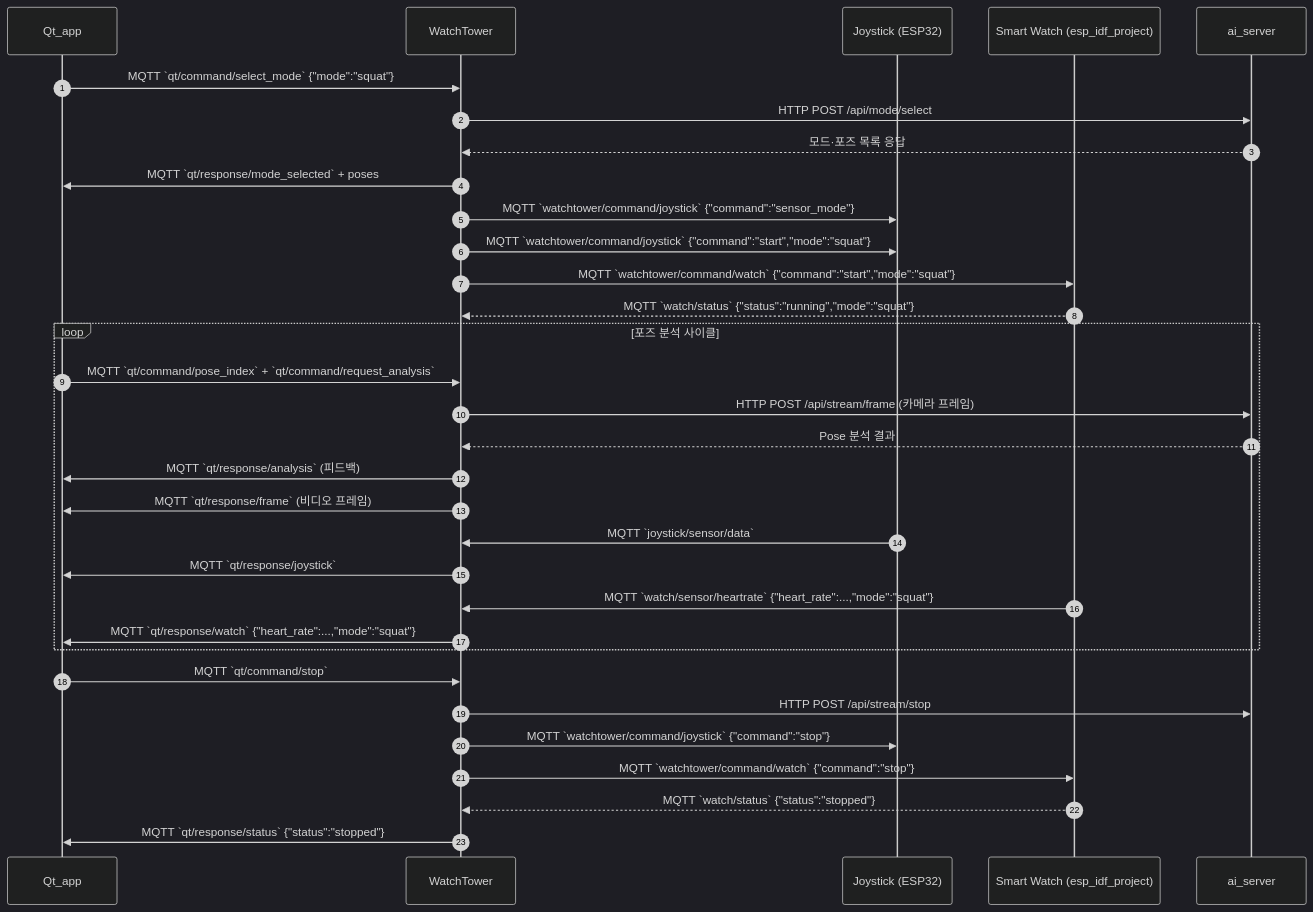
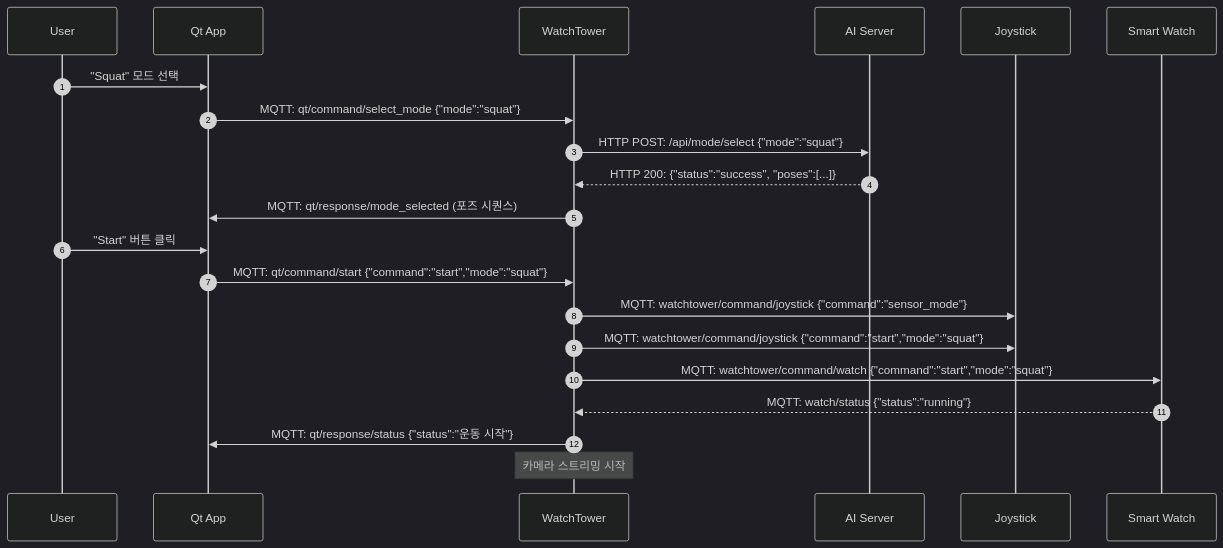
The first of 3 diagrams in SYSTEM_PROTOCOL.md (uniljetstream/New_Workout_Plan), drawn with Mermaid (dark theme) before and after one commit. The commit also changed other lines of this file and 2 other files, not shown here.

First line of the commit message:
Update project documentation and gitignore

````diff
--- a/SYSTEM_PROTOCOL.md
+++ b/SYSTEM_PROTOCOL.md
@@ -90,37 +993,26 @@
 ```mermaid
 sequenceDiagram
     autonumber
-    participant Qt as Qt_app
+    participant User
+    participant Qt as Qt App
     participant WT as WatchTower
-    participant JS as Joystick (ESP32)
-    participant Watch as Smart Watch (esp_idf_project)
-    participant AI as ai_server
+    participant AI as AI Server
+    participant Joy as Joystick
+    participant Watch as Smart Watch
 
-    Qt->>WT: MQTT `qt/command/select_mode` {"mode":"squat"}
-    WT->>AI: HTTP POST /api/mode/select
-    AI-->>WT: 모드·포즈 목록 응답
-    WT->>Qt: MQTT `qt/response/mode_selected` + poses
-    WT->>JS: MQTT `watchtower/command/joystick` {"command":"sensor_mode"}
-    WT->>JS: MQTT `watchtower/command/joystick` {"command":"start","mode":"squat"}
-    WT->>Watch: MQTT `watchtower/command/watch` {"command":"start","mode":"squat"}
-    Watch-->>WT: MQTT `watch/status` {"status":"running","mode":"squat"}
+    User->>Qt: "Squat" 모드 선택
+    Qt->>WT: MQTT: qt/command/select_mode {"mode":"squat"}
+    WT->>AI: HTTP POST: /api/mode/select {"mode":"squat"}
+    AI-->>WT: HTTP 200: {"status":"success", "poses":[...]}
+    WT->>Qt: MQTT: qt/response/mode_selected (포즈 시퀀스)
 
-    loop 포즈 분석 사이클
-        Qt->>WT: MQTT `qt/command/pose_index` + `qt/command/request_analysis`
-        WT->>AI: HTTP POST /api/stream/frame (카메라 프레임)
-        AI-->>WT: Pose 분석 결과
-        WT->>Qt: MQTT `qt/response/analysis` (피드백)
-        WT->>Qt: MQTT `qt/response/frame` (비디오 프레임)
-        JS->>WT: MQTT `joystick/sensor/data`
-        WT->>Qt: MQTT `qt/response/joystick`
-        Watch->>WT: MQTT `watch/sensor/heartrate` {"heart_rate":...,"mode":"squat"}
-        WT->>Qt: MQTT `qt/response/watch` {"heart_rate":...,"mode":"squat"}
-    end
+    User->>Qt: "Start" 버튼 클릭
+    Qt->>WT: MQTT: qt/command/start {"command":"start","mode":"squat"}
+    WT->>Joy: MQTT: watchtower/command/joystick {"command":"sensor_mode"}
+    WT->>Joy: MQTT: watchtower/command/joystick {"command":"start","mode":"squat"}
+    WT->>Watch: MQTT: watchtower/command/watch {"command":"start","mode":"squat"}
+    Watch-->>WT: MQTT: watch/status {"status":"running"}
+    WT->>Qt: MQTT: qt/response/status {"status":"운동 시작"}
 
-    Qt->>WT: MQTT `qt/command/stop`
-    WT->>AI: HTTP POST /api/stream/stop
-    WT->>JS: MQTT `watchtower/command/joystick` {"command":"stop"}
-    WT->>Watch: MQTT `watchtower/command/watch` {"command":"stop"}
-    Watch-->>WT: MQTT `watch/status` {"status":"stopped"}
-    WT->>Qt: MQTT `qt/response/status` {"status":"stopped"}
+    Note over WT: 카메라 스트리밍 시작
 ```
````
